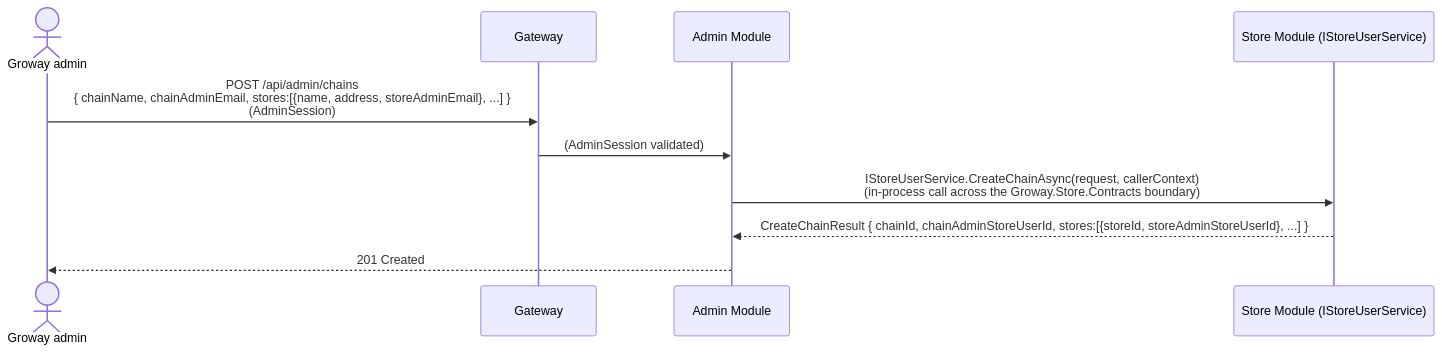
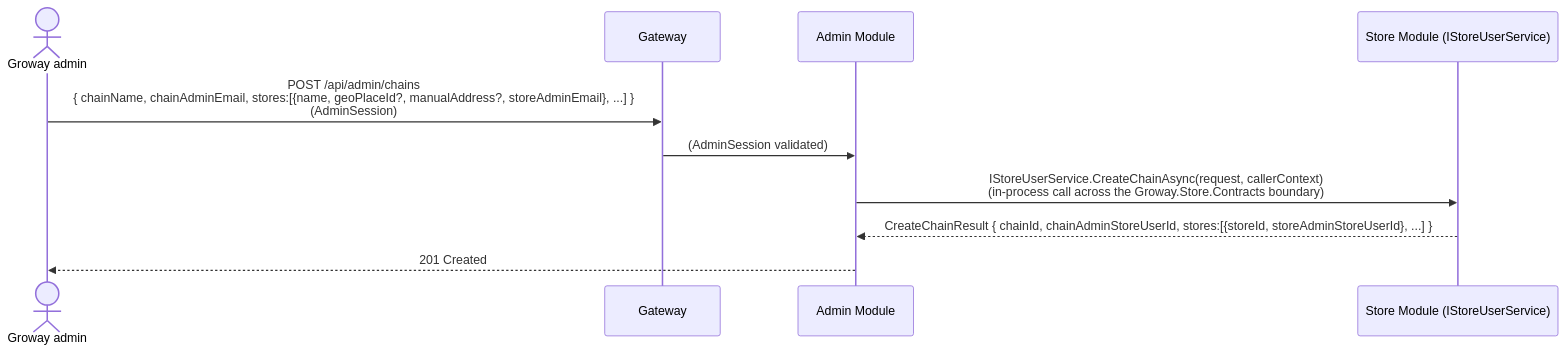
Before and after one commit to szhanggit/appointmentsystemdesign: the second of 10 diagrams in usercasestudy/growayshop-registration-workflow.md, drawn with Mermaid. The commit also changed other lines of this file and 1 other file, not shown here.

````diff
--- a/usercasestudy/growayshop-registration-workflow.md
+++ b/usercasestudy/growayshop-registration-workflow.md
@@ -70,13 +121,13 @@
 ```mermaid
 sequenceDiagram
     actor GA as Groway admin
     participant GW as Gateway
     participant AM as Admin Module
     participant SM as Store Module (IStoreUserService)
 
-    GA->>GW: POST /api/admin/chains<br/>{ chainName, chainAdminEmail, stores:[{name, address, storeAdminEmail}, ...] }<br/>(AdminSession)
+    GA->>GW: POST /api/admin/chains<br/>{ chainName, chainAdminEmail, stores:[{name, geoPlaceId?, manualAddress?, storeAdminEmail}, ...] }<br/>(AdminSession)
     GW->>AM: (AdminSession validated)
     AM->>SM: IStoreUserService.CreateChainAsync(request, callerContext)<br/>(in-process call across the Groway.Store.Contracts boundary)
     SM-->>AM: CreateChainResult { chainId, chainAdminStoreUserId, stores:[{storeId, storeAdminStoreUserId}, ...] }
     AM-->>GA: 201 Created
 ```
````
